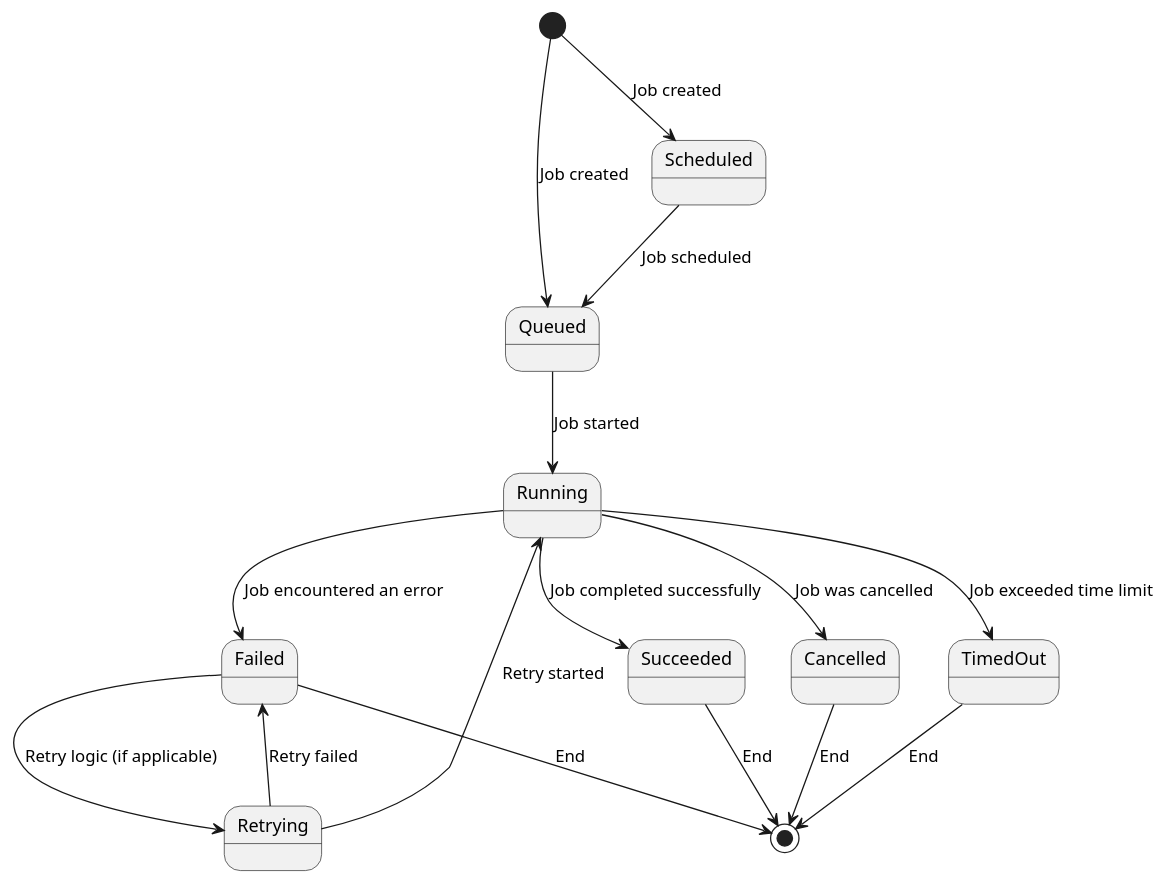
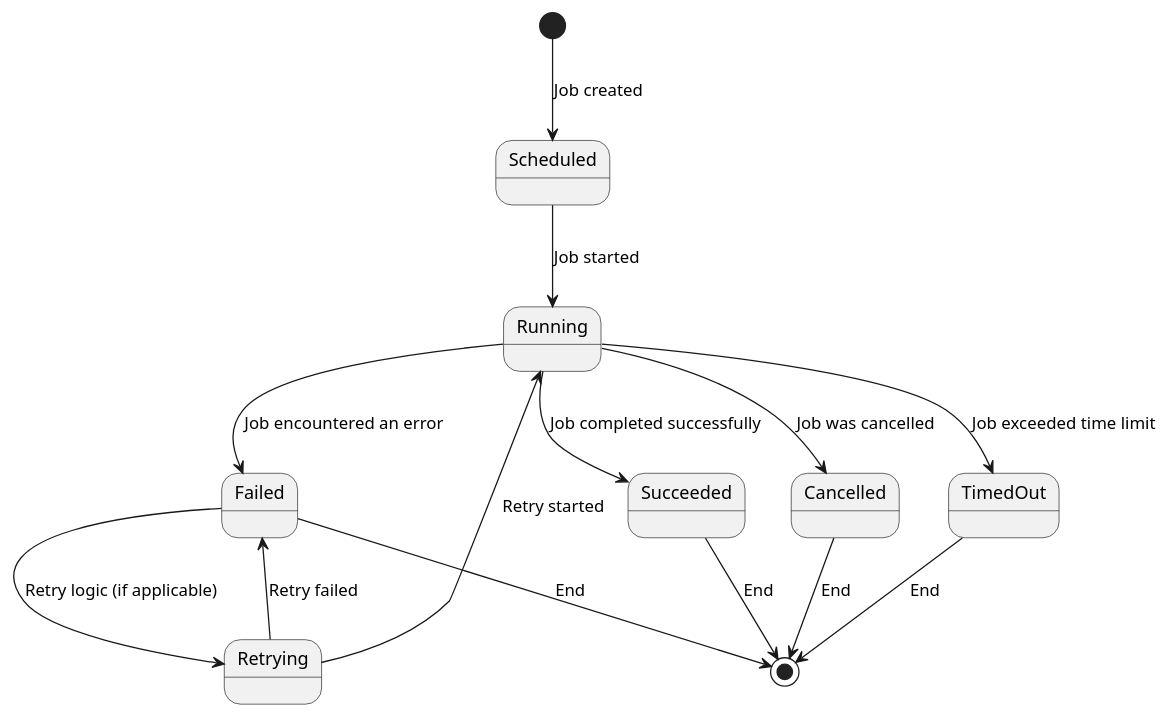
Before and after one commit to cybergarage/go-job: the diagram in doc/img/job_state.pu, drawn with PlantUML.

Commit message:
Update images

```diff
--- a/doc/img/job_state.pu
+++ b/doc/img/job_state.pu
@@ -1,20 +1,18 @@
 @startuml
-[*] --> Queued : Job created
 [*] --> Scheduled : Job created
 
-Scheduled --> Queued : Job scheduled
-Queued --> Running : Job started
+Scheduled --> Running : Job started
 Running --> Succeeded : Job completed successfully
 Running --> Failed : Job encountered an error
 Running --> Cancelled : Job was cancelled
 Running --> TimedOut : Job exceeded time limit
 
 Failed --> Retrying : Retry logic (if applicable)
 Retrying --> Running : Retry started
 Retrying --> Failed : Retry failed
 
 Cancelled --> [*] : End
 Succeeded --> [*] : End
 TimedOut --> [*] : End
 Failed --> [*] : End
 @enduml
```
